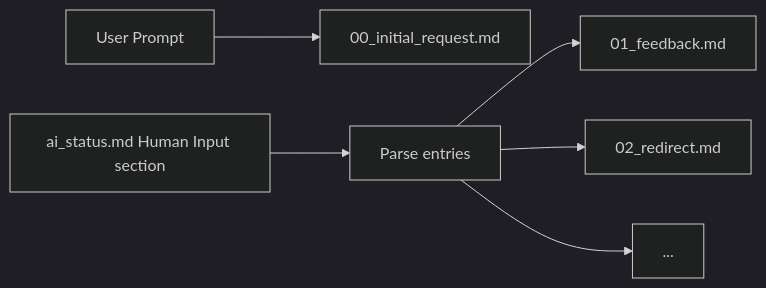
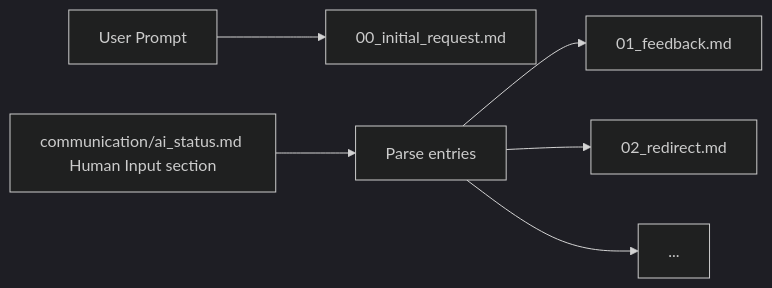
One commit to toonvanvr/prompt-engineering changed the diagram in agents/kernel/prompt-preservation.md. Above: the diagram before and after it, drawn with Mermaid (dark theme). The commit also changed 25 other files, not shown here.

Commit message:
fix: communication/ai_status

````diff
--- a/agents/kernel/prompt-preservation.md
+++ b/agents/kernel/prompt-preservation.md
@@ -57,8 +57,8 @@
 ```mermaid
 flowchart LR
     A[User Prompt] --> B[00_initial_request.md]
-    C[ai_status.md Human Input section] --> D[Parse entries]
+    C[communication/ai_status.md Human Input section] --> D[Parse entries]
     D --> E[01_feedback.md]
     D --> F[02_redirect.md]
     D --> G[...]
 ```
````
